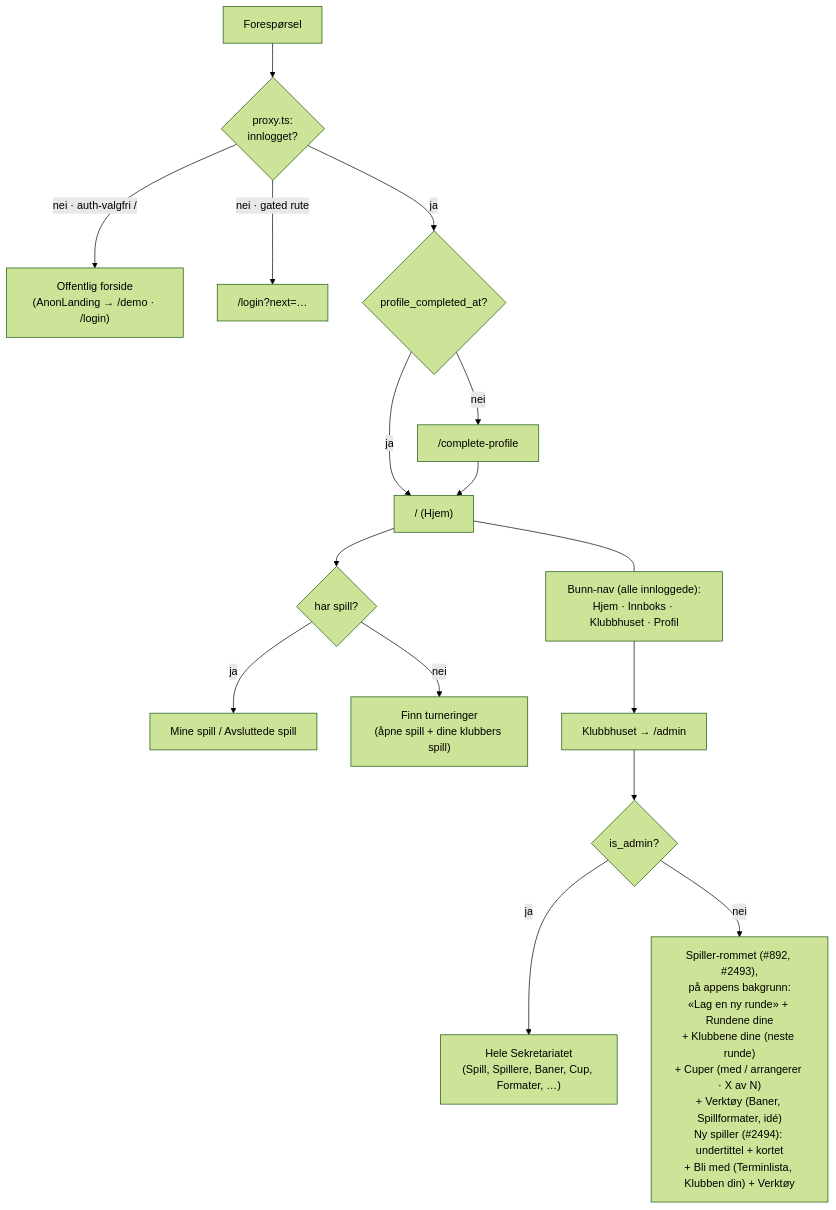
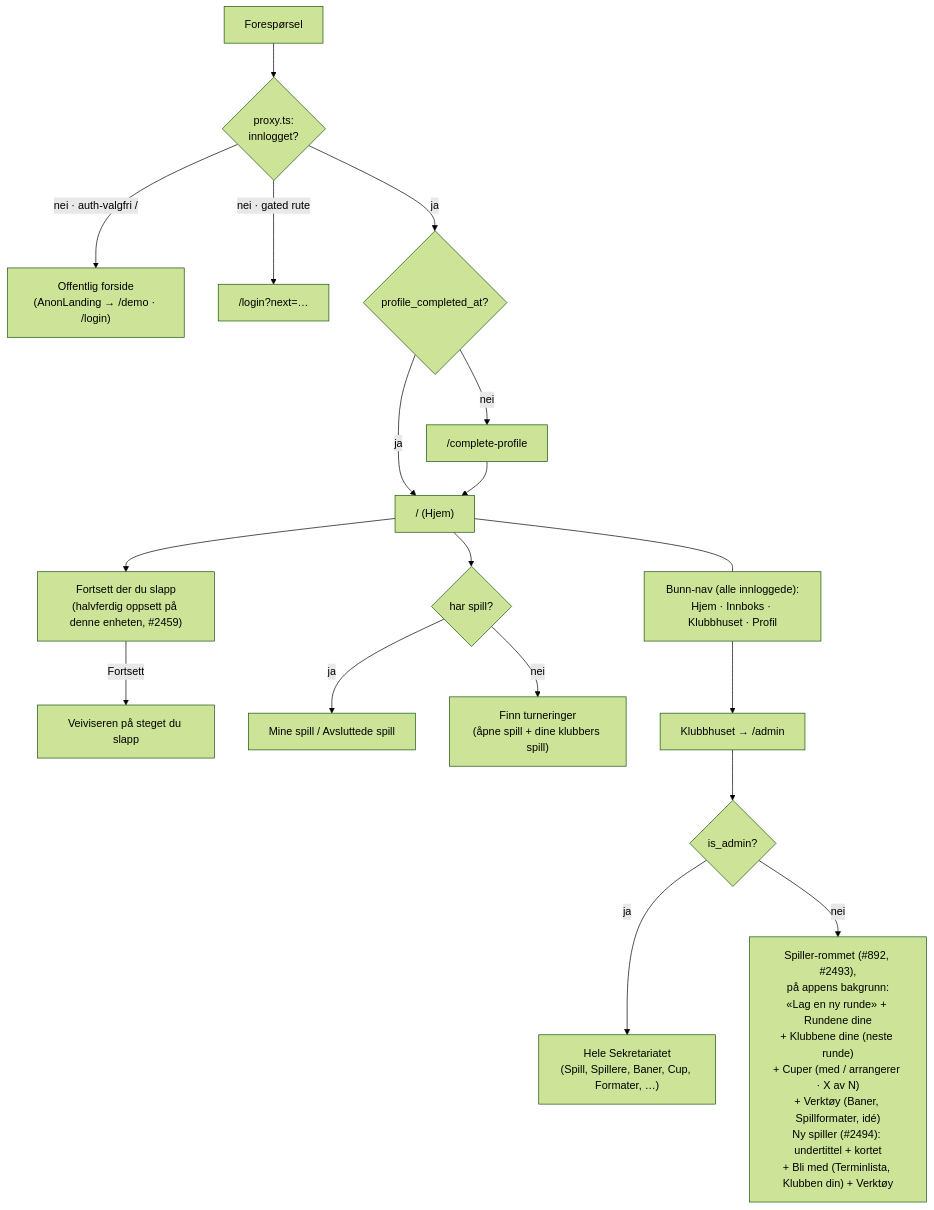
The first of 6 diagrams in docs/user-flows.md (jdlarssen/golf-app), drawn with Mermaid (forest theme) before and after one commit. The commit also changed other lines of this file and 2 other files, not shown here.

Commit message:
docs(flows): the new-game draft saves itself and Home resumes it
Flow 4 (future) shows the autosave on every step and the Home entry;
user-flows.md gets the Home node and an autosave paragraph.

Refs #2459

````diff
--- a/docs/user-flows.md
+++ b/docs/user-flows.md
@@ -36,19 +36,21 @@
 ```mermaid
 flowchart TD
   Req[Forespørsel] --> P{proxy.ts:<br/>innlogget?}
   P -- "nei · auth-valgfri /" --> Anon["Offentlig forside<br/>(AnonLanding → /demo · /login)"]
   P -- "nei · gated rute" --> L["/login?next=…"]
   P -- ja --> Prof{profile_completed_at?}
   Prof -- nei --> CP["/complete-profile"]
   Prof -- ja --> Home["/ (Hjem)"]
   CP --> Home
   Home --> PH{har spill?}
+  Home --> Resume["Fortsett der du slapp<br/>(halvferdig oppsett på denne enheten, #2459)"]
+  Resume -- Fortsett --> Wiz["Veiviseren på steget du slapp"]
   PH -- ja --> List["Mine spill / Avsluttede spill"]
   PH -- nei --> Disc["Finn turneringer<br/>(åpne spill + dine klubbers spill)"]
   Nav["Bunn-nav (alle innloggede):<br/>Hjem · Innboks · Klubbhuset · Profil"]
   Home --- Nav
   Nav --> Klub["Klubbhuset → /admin"]
   Klub --> KP{is_admin?}
   KP -- ja --> Sek["Hele Sekretariatet<br/>(Spill, Spillere, Baner, Cup, Formater, …)"]
   KP -- nei --> PlayerKlub["Spiller-rommet (#892, #2493),<br/>på appens bakgrunn:<br/>«Lag en ny runde» + Rundene dine<br/>+ Klubbene dine (neste runde)<br/>+ Cuper (med / arrangerer · X av N)<br/>+ Verktøy (Baner, Spillformater, idé)<br/>Ny spiller (#2494): undertittel + kortet<br/>+ Bli med (Terminlista, Klubben din) + Verktøy"]
 ```
````
